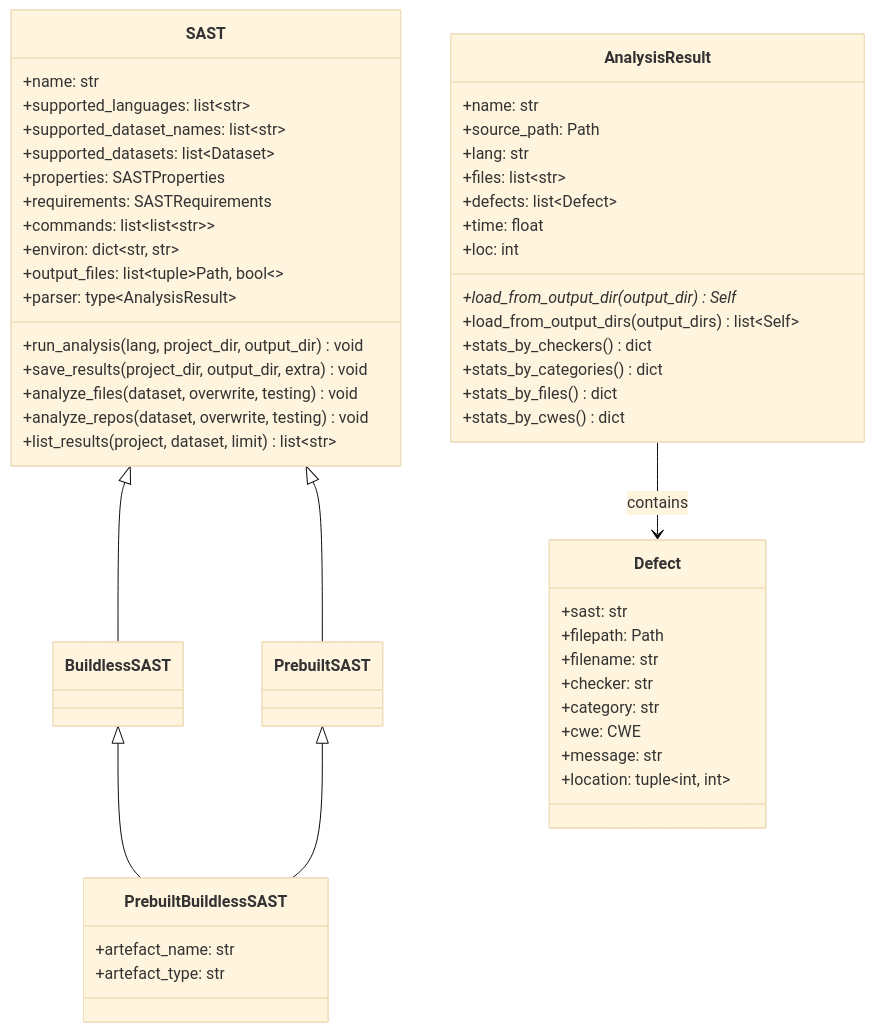
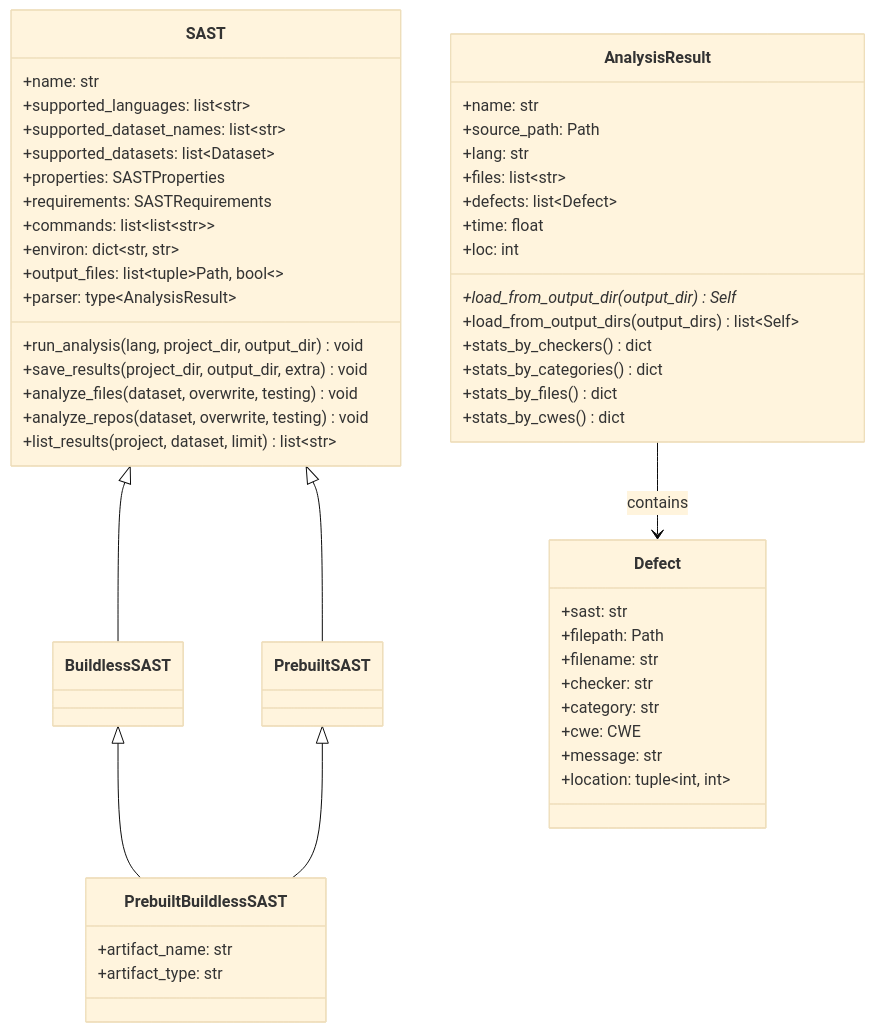
One commit to OPPIDA/CodeSecTools changed the diagram in docs/sast/index.md. Above: the diagram before and after it, drawn with Mermaid (base theme). The commit also changed 8 other files, not shown here.

Commit message:
fix: change `artefact` to `artifact` for consistent spelling

````diff
--- a/docs/sast/index.md
+++ b/docs/sast/index.md
@@ -21,65 +21,65 @@
 ```mermaid
 classDiagram
     class SAST {
         +name: str
         +supported_languages: list~str~
         +supported_dataset_names: list~str~
         +supported_datasets: list~Dataset~
         +properties: SASTProperties
         +requirements: SASTRequirements
         +commands: list~list~str~~
         +environ: dict~str, str~
         +output_files: list~tuple~Path, bool~~
         +parser: type~AnalysisResult~
         +run_analysis(lang, project_dir, output_dir) void
         +save_results(project_dir, output_dir, extra) void
         +analyze_files(dataset, overwrite, testing) void
         +analyze_repos(dataset, overwrite, testing) void
         +list_results(project, dataset, limit) list~str~
     }
 
     class BuildlessSAST {
     }
 
     class PrebuiltSAST {
     }
 
     class PrebuiltBuildlessSAST {
-        +artefact_name: str
-        +artefact_type: str
+        +artifact_name: str
+        +artifact_type: str
     }
 
     SAST <|-- BuildlessSAST
     SAST <|-- PrebuiltSAST
     BuildlessSAST <|-- PrebuiltBuildlessSAST
     PrebuiltSAST <|-- PrebuiltBuildlessSAST
 
     class AnalysisResult {
         +name: str
         +source_path: Path
         +lang: str
         +files: list~str~
         +defects: list~Defect~
         +time: float
         +loc: int
         +load_from_output_dir(output_dir)* Self
         +load_from_output_dirs(output_dirs) list~Self~
         +stats_by_checkers() dict
         +stats_by_categories() dict
         +stats_by_files() dict
         +stats_by_cwes() dict
     }
 
     class Defect {
         +sast: str
         +filepath: Path
         +filename: str
         +checker: str
         +category: str
         +cwe: CWE
         +message: str
         +location: tuple~int, int~
     }
 
     AnalysisResult --> Defect : contains
 ```
````
